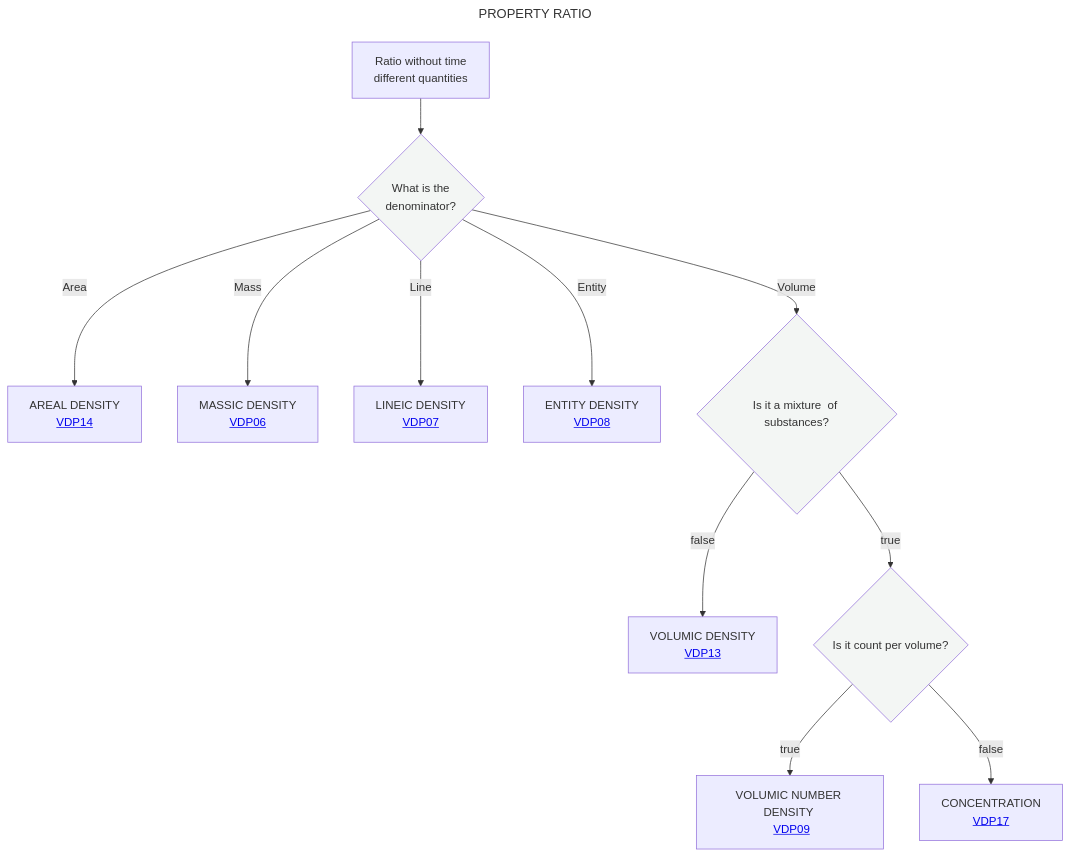
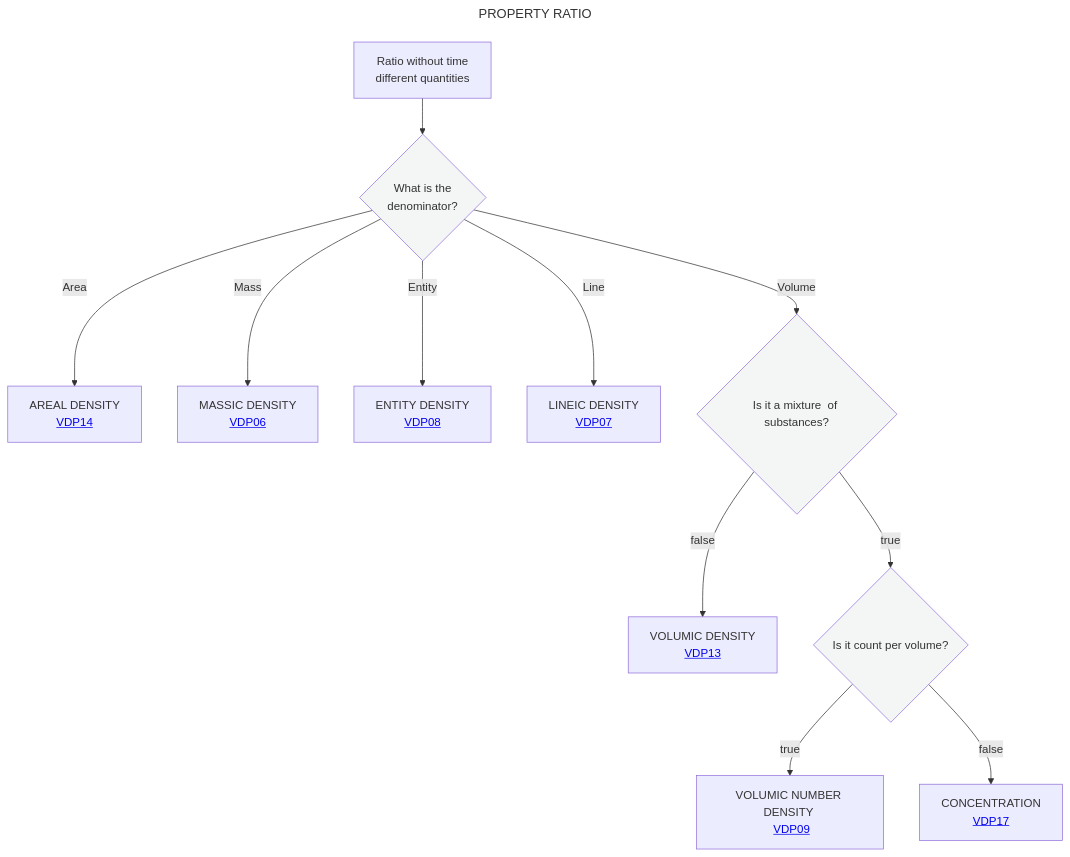
One commit to mabablue/I-ADOPT-patterns-playground changed the diagram in Decisition_trees/DT4.mmd. Above: the diagram before and after it, drawn with Mermaid. The commit also changed other lines of this file, not shown here.

```diff
--- a/Decisition_trees/DT4.mmd
+++ b/Decisition_trees/DT4.mmd
@@ -1,18 +1,18 @@
 ---
 title: PROPERTY RATIO
 ---
 flowchart TD
     A[Ratio without time <br> different quantities] --> B{What is the <br> denominator?}:::white
     B -- Area -->C[AREAL DENSITY <br> <a href='https://github.com/mabablue/I-ADOPT-patterns-playground/blob/main/pattern/VDP14.yaml'>VDP14</a>]
     B -- Mass -->E[MASSIC DENSITY <br> <a href='https://github.com/mabablue/I-ADOPT-patterns-playground/blob/main/pattern/VDP06.yaml'>VDP06</a>]
+    B -- Entity -->F[ENTITY DENSITY <br> <a href='https://github.com/mabablue/I-ADOPT-patterns-playground/blob/main/pattern/VDP09.yaml'>VDP08</a>]
     B -- Line -->D[LINEIC DENSITY <br> <a href='https://github.com/mabablue/I-ADOPT-patterns-playground/blob/main/pattern/VDP07.yaml'>VDP07</a>]
-    B -- Entity -->F[ENTITY DENSITY <br> <a href='https://github.com/mabablue/I-ADOPT-patterns-playground/blob/main/pattern/VDP09.yaml'>VDP08</a>]
     B -- Volume -->G{Is it a mixture <be> of substances?}:::white
     G --> |false|H[VOLUMIC DENSITY <br> <a href='https://github.com/mabablue/I-ADOPT-patterns-playground/blob/main/pattern/VDP13.yaml'>VDP13</a>]
     G--> |true|I{Is it count per volume?}:::white
     I --> |true|L[VOLUMIC NUMBER DENSITY <br> <a href='https://github.com/mabablue/I-ADOPT-patterns-playground/blob/main/pattern/VDP09.yaml'>VDP09</a>]
     I --> |false|M[CONCENTRATION <br> <a href='https://github.com/mabablue/I-ADOPT-patterns-playground/blob/main/pattern/VDP17.yaml'>VDP17</a>]
    classDef blue fill:#90D5FF
    classDef satblue fill:#57B9FF 
    classDef white fill:#f3f6f4
    classDef green fill:#6aa84f
```
